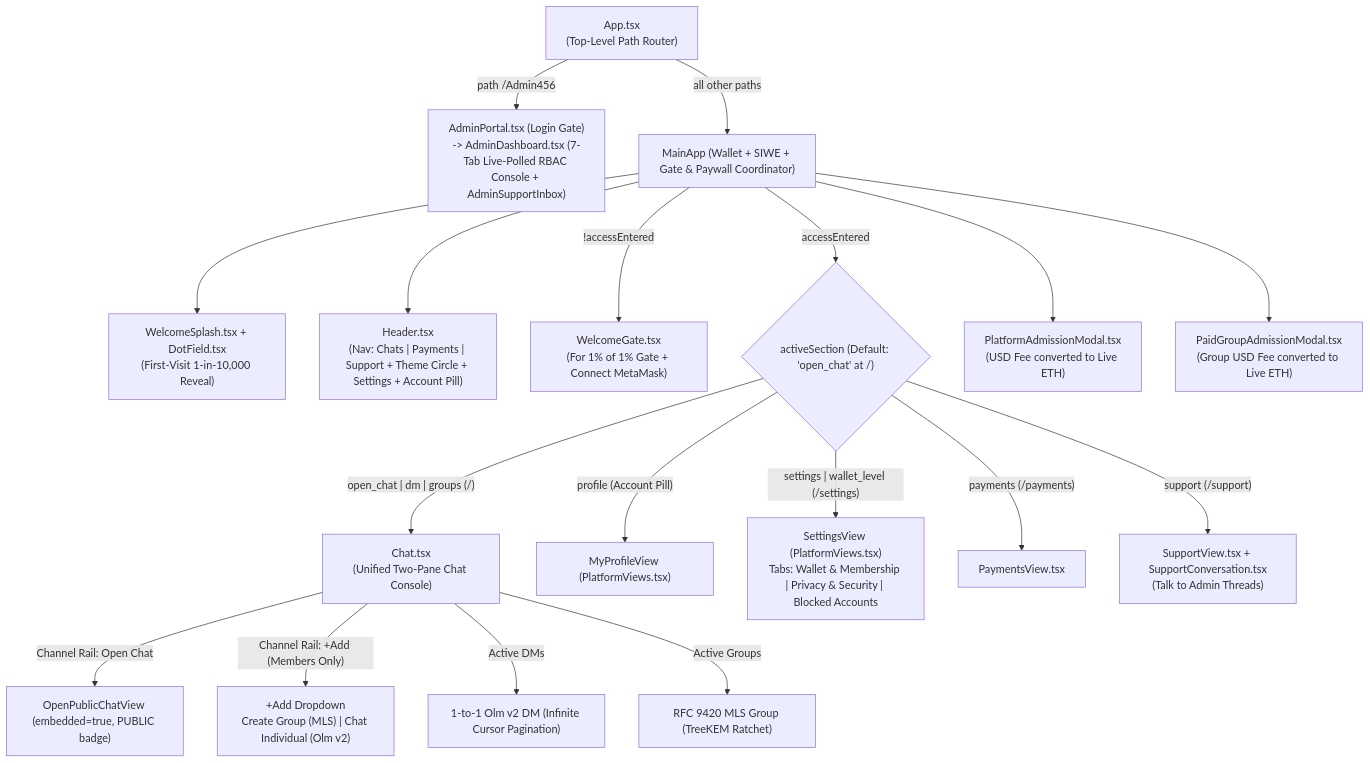
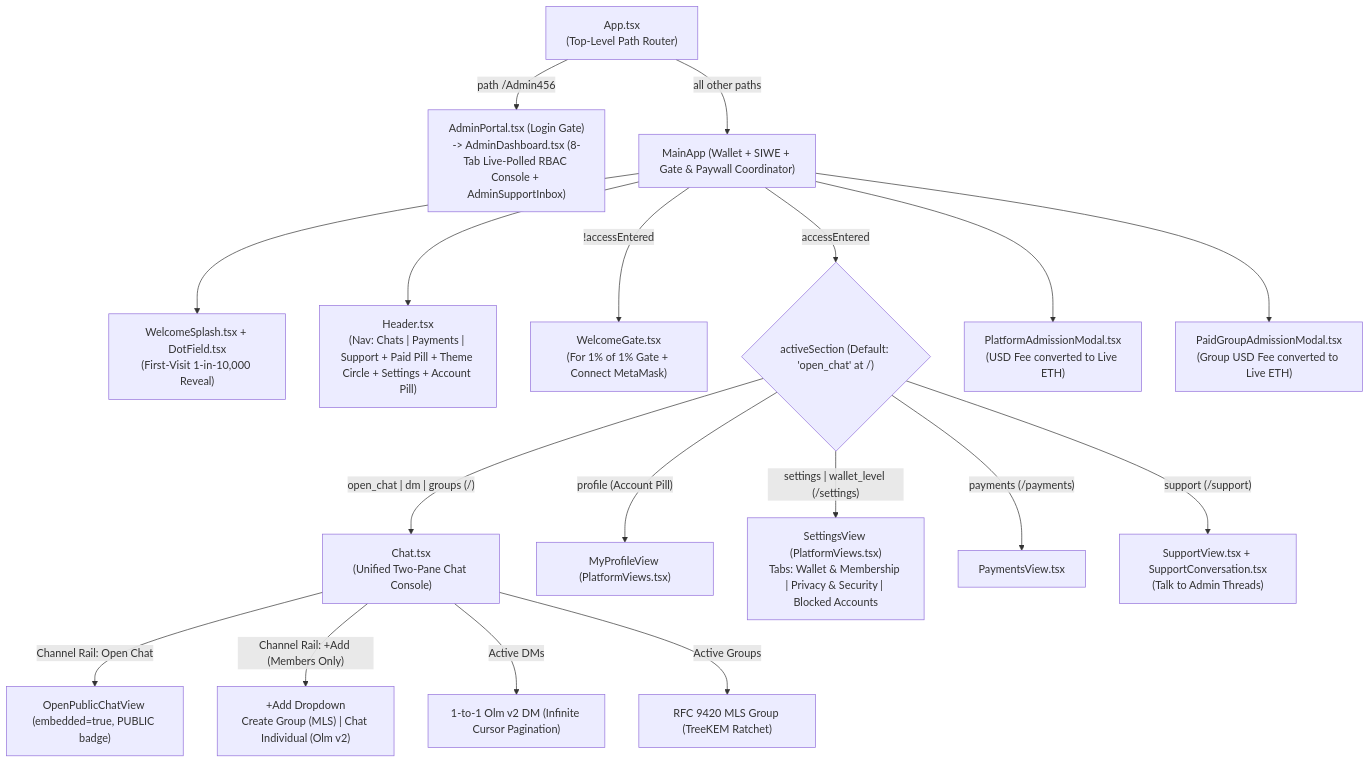
One commit to Anonmaniak/Meta_mask_test changed the diagram in docs/frontend/architecture.md. Above: the diagram before and after it, drawn with Mermaid. The commit also changed other lines of this file and 141 other files, not shown here.

````diff
--- a/docs/frontend/architecture.md
+++ b/docs/frontend/architecture.md
@@ -32,22 +33,22 @@
 ```mermaid
 graph TD
-    App["App.tsx\n(Top-Level Path Router)"] -->|"path /Admin456"| AdminPortal["AdminPortal.tsx (Login Gate)\n-> AdminDashboard.tsx (7-Tab Live-Polled RBAC Console + AdminSupportInbox)"]
+    App["App.tsx\n(Top-Level Path Router)"] -->|"path /Admin456"| AdminPortal["AdminPortal.tsx (Login Gate)\n-> AdminDashboard.tsx (8-Tab Live-Polled RBAC Console + AdminSupportInbox)"]
     App -->|"all other paths"| MainApp["MainApp (Wallet + SIWE + Gate & Paywall Coordinator)"]
     MainApp --> Splash["WelcomeSplash.tsx + DotField.tsx\n(First-Visit 1-in-10,000 Reveal)"]
-    MainApp --> Header["Header.tsx\n(Nav: Chats | Payments | Support + Theme Circle + Settings + Account Pill)"]
+    MainApp --> Header["Header.tsx\n(Nav: Chats | Payments | Support + Paid Pill + Theme Circle + Settings + Account Pill)"]
     MainApp -->|"!accessEntered"| Gate["WelcomeGate.tsx\n(For 1% of 1% Gate + Connect MetaMask)"]
     MainApp -->|"accessEntered"| Router{"activeSection (Default: 'open_chat' at /)"}
     MainApp --> AdmissionModal["PlatformAdmissionModal.tsx\n(USD Fee converted to Live ETH)"]
     MainApp --> PaidGroupModal["PaidGroupAdmissionModal.tsx\n(Group USD Fee converted to Live ETH)"]
 
     Router -->|"open_chat | dm | groups (/)"| ChatConsole["Chat.tsx\n(Unified Two-Pane Chat Console)"]
     Router -->|"profile (Account Pill)"| MyProfileView["MyProfileView (PlatformViews.tsx)"]
     Router -->|"settings | wallet_level (/settings)"| SettingsView["SettingsView (PlatformViews.tsx)\nTabs: Wallet & Membership | Privacy & Security | Blocked Accounts"]
     Router -->|"payments (/payments)"| PaymentsView["PaymentsView.tsx"]
     Router -->|"support (/support)"| SupportView["SupportView.tsx + SupportConversation.tsx\n(Talk to Admin Threads)"]
 
     ChatConsole -->|"Channel Rail: Open Chat"| OpenPublicChatView["OpenPublicChatView (embedded=true, PUBLIC badge)"]
     ChatConsole -->|"Channel Rail: +Add (Members Only)"| AddDropdown["+Add Dropdown\nCreate Group (MLS) | Chat Individual (Olm v2)"]
     ChatConsole -->|"Active DMs"| DmChat["1-to-1 Olm v2 DM (Infinite Cursor Pagination)"]
     ChatConsole -->|"Active Groups"| MlsChat["RFC 9420 MLS Group (TreeKEM Ratchet)"]
 ```
````
